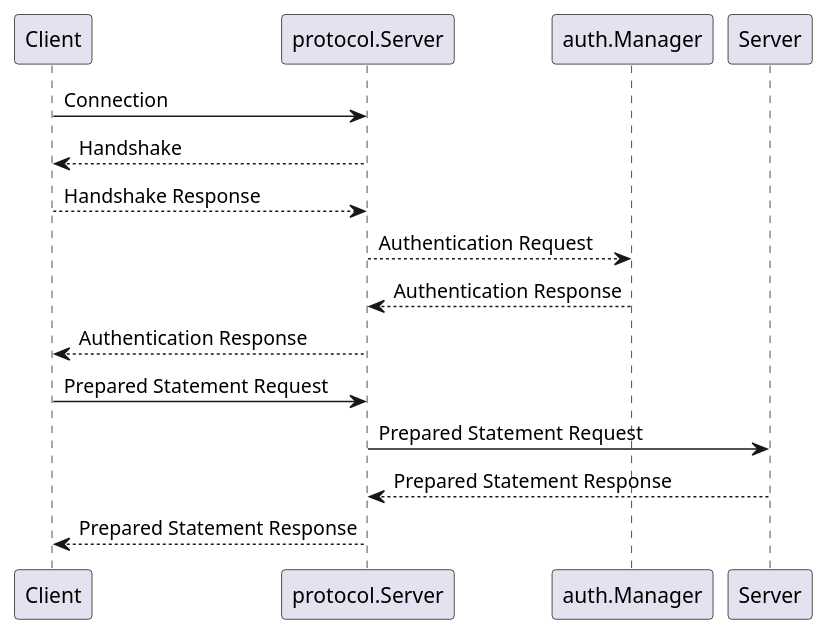
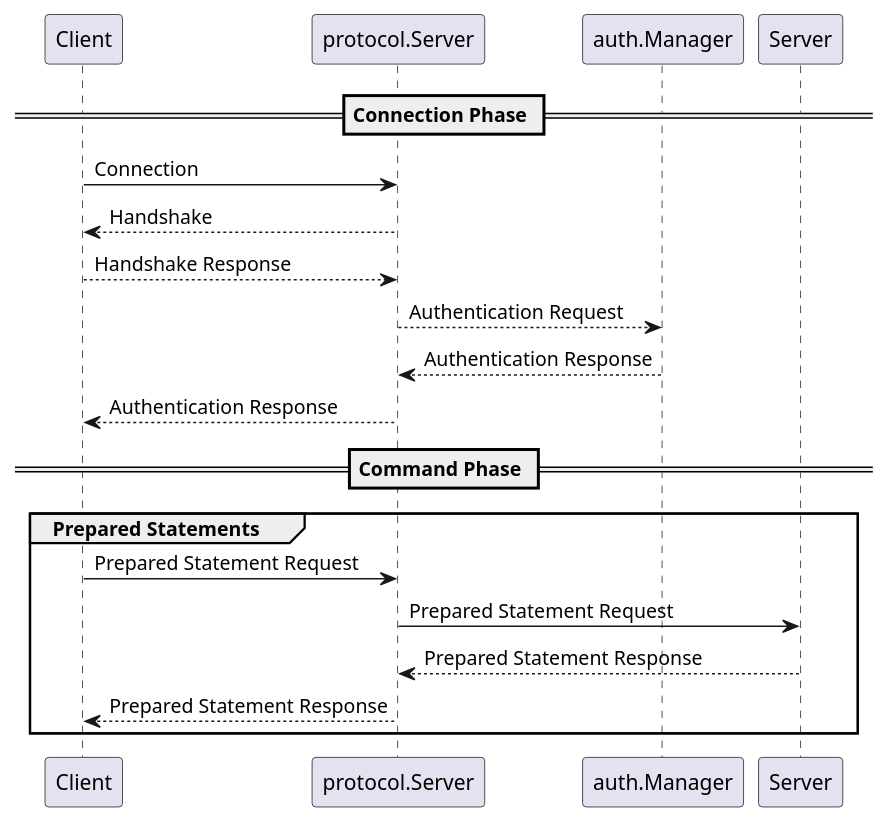
One commit to cybergarage/go-mysql changed the diagram in doc/img/sequence.puml. Above: the diagram before and after it, drawn with PlantUML.

Commit message:
Update images

```diff
--- a/doc/img/sequence.puml
+++ b/doc/img/sequence.puml
@@ -1,12 +1,18 @@
 @startuml sequence
+' MySQL: Connection Phase
+' https://dev.mysql.com/doc/dev/mysql-server/latest/page_protocol_connection_phase.html
+== Connection Phase ==
 Client -> protocol.Server : Connection
 protocol.Server --> Client: Handshake
 Client --> protocol.Server: Handshake Response
 protocol.Server --> auth.Manager: Authentication Request
 auth.Manager --> protocol.Server: Authentication Response
 protocol.Server --> Client: Authentication Response
-Client -> protocol.Server: Prepared Statement Request
-protocol.Server -> Server: Prepared Statement Request
-Server --> protocol.Server: Prepared Statement Response
-protocol.Server --> Client: Prepared Statement Response
+== Command Phase == 
+group Prepared Statements
+    Client -> protocol.Server: Prepared Statement Request
+    protocol.Server -> Server: Prepared Statement Request
+    Server --> protocol.Server: Prepared Statement Response
+    protocol.Server --> Client: Prepared Statement Response
+end
 @enduml
```
